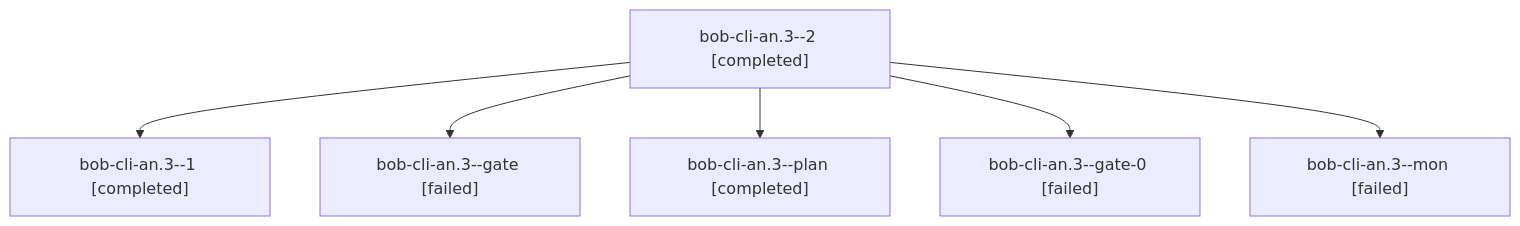
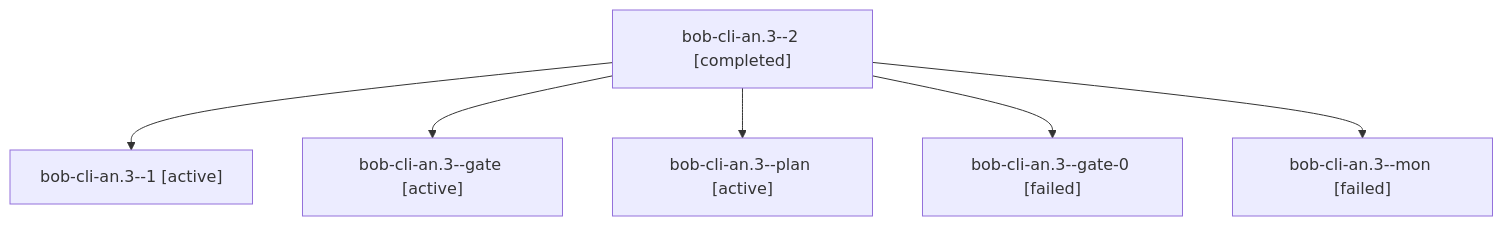
One commit to bobs-org/bob-cli--agents changed the diagram in sessions/bbugyi200.athena.bob-cli-an.3.md. Above: the diagram before and after it, drawn with Mermaid. The commit also changed other lines of this file and 122 other files, not shown here.

````diff
--- a/sessions/bbugyi200.athena.bob-cli-an.3.md
+++ b/sessions/bbugyi200.athena.bob-cli-an.3.md
@@ -9,14 +9,14 @@
 ```mermaid
 flowchart TD
   n0["bob-cli-an.3--2 [completed]"]
-  n1["bob-cli-an.3--1 [completed]"]
+  n1["bob-cli-an.3--1 [active]"]
   n0 --> n1
-  n2["bob-cli-an.3--gate [failed]"]
+  n2["bob-cli-an.3--gate [active]"]
   n0 --> n2
-  n3["bob-cli-an.3--plan [completed]"]
+  n3["bob-cli-an.3--plan [active]"]
   n0 --> n3
   n4["bob-cli-an.3--gate-0 [failed]"]
   n0 --> n4
   n5["bob-cli-an.3--mon [failed]"]
   n0 --> n5
 ```
````
